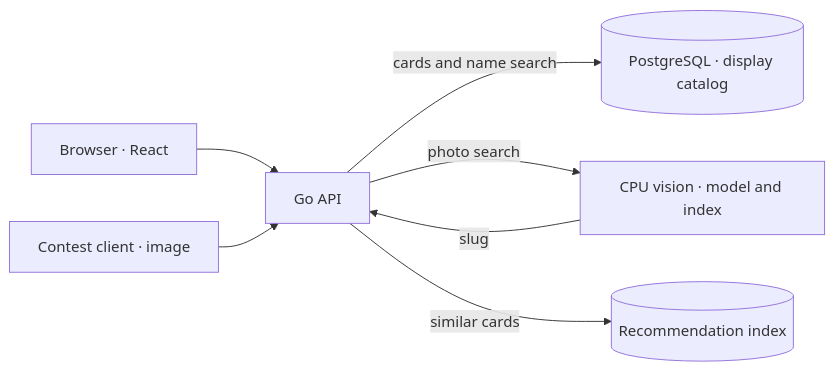
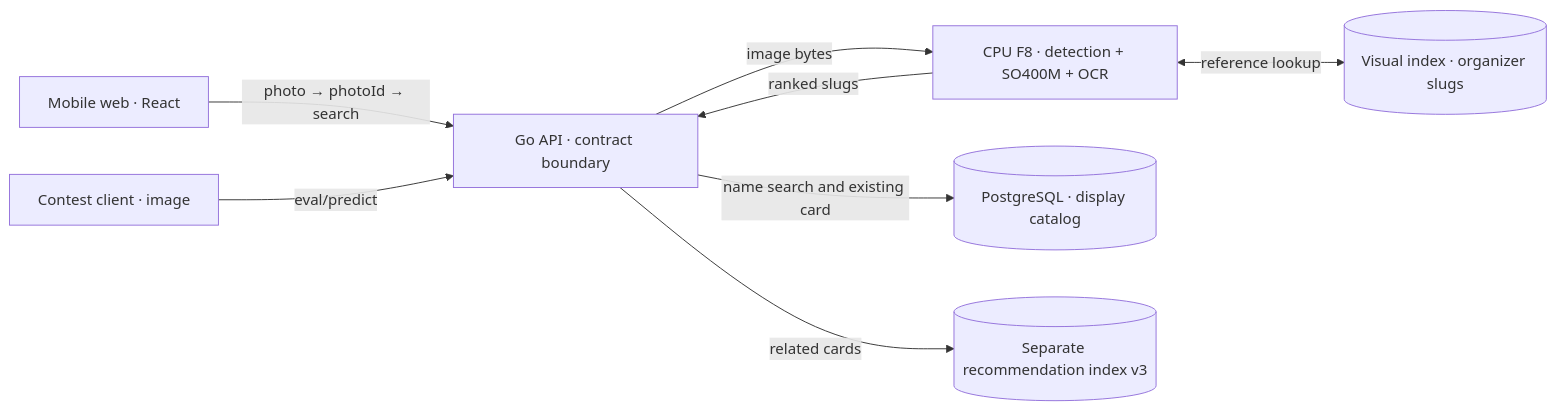
One commit to ai-babai/brutforce changed the diagram in README.en.md. Above: the diagram before and after it, drawn with Mermaid. The commit also changed other lines of this file and 1 other file, not shown here.

Commit message:
Explain recognition model and architecture in README

````diff
--- a/README.en.md
+++ b/README.en.md
@@ -64,9 +77,10 @@
 ```mermaid
 flowchart LR
-    web["Browser · React"] --> api["Go API"]
-    contest["Contest client · image"] --> api
-    api -->|cards and name search| catalog[(PostgreSQL · display catalog)]
-    api -->|photo search| vision["CPU vision · model and index"]
-    vision -->|slug| api
-    api -->|similar cards| recommendations[(Recommendation index)]
+    web["Mobile web · React"] -->|photo → photoId → search| api["Go API · contract boundary"]
+    contest["Contest client · image"] -->|eval/predict| api
+    api -->|image bytes| vision["CPU F8 · detection + SO400M + OCR"]
+    vision <-->|reference lookup| visual[("Visual index · organizer slugs")]
+    vision -->|ranked slugs| api
+    api -->|name search and existing card| catalog[("PostgreSQL · display catalog")]
+    api -->|related cards| recommendations[("Separate recommendation index v3")]
 ```
````
